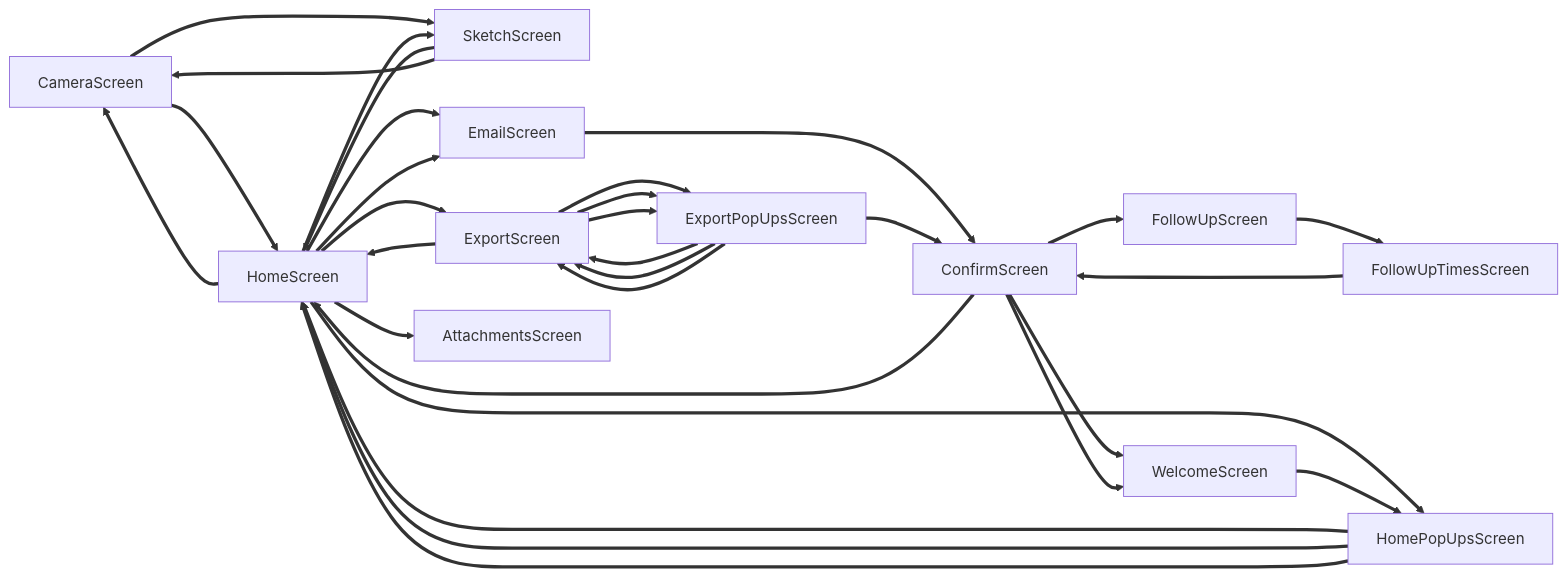
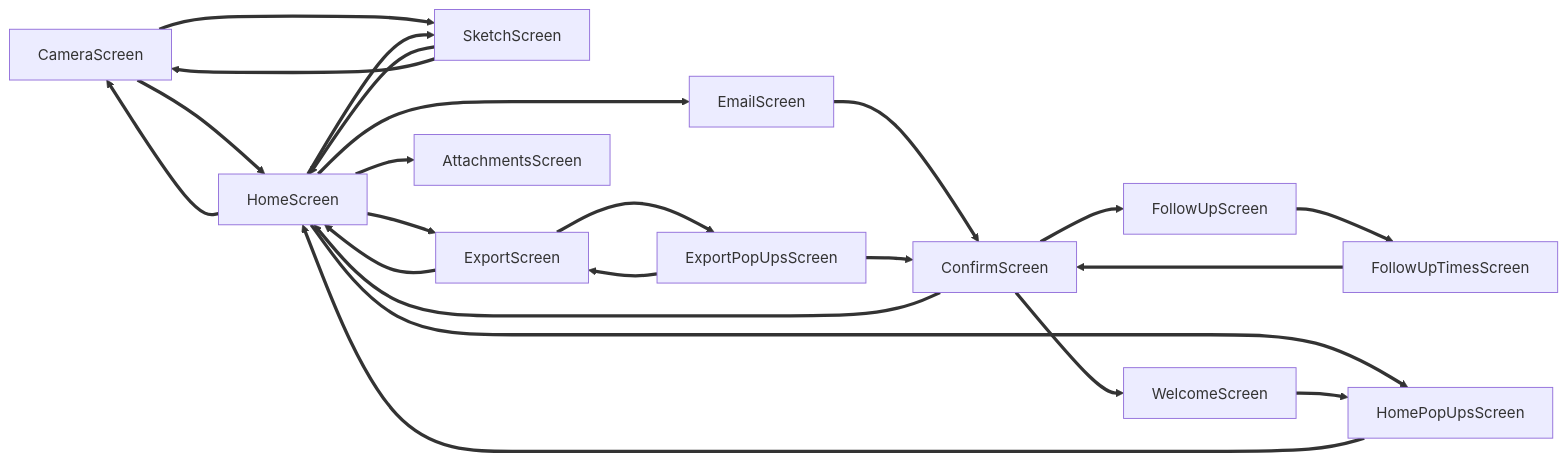
The diagram in example/Meeting Capture Demo-doc.md (sebastian-muthwill/powerapps-docstring), drawn with Mermaid before and after one commit. The commit also changed other lines of this file and 2 other files, not shown here.

```diff
--- a/example/Meeting Capture Demo-doc.md
+++ b/example/Meeting Capture Demo-doc.md
@@ -110,33 +110,25 @@
 :::mermaid  
 graph LR  
 CameraScreen ==> HomeScreen  
 CameraScreen ==> SketchScreen  
 ConfirmScreen ==> HomeScreen  
 ConfirmScreen ==> FollowUpScreen  
 ConfirmScreen ==> WelcomeScreen  
-ConfirmScreen ==> WelcomeScreen  
 EmailScreen ==> ConfirmScreen  
-ExportPopUpsScreen ==> ExportScreen  
-ExportPopUpsScreen ==> ExportScreen  
 ExportPopUpsScreen ==> ExportScreen  
 ExportPopUpsScreen ==> ConfirmScreen  
 ExportScreen ==> HomeScreen  
 ExportScreen ==> ExportPopUpsScreen  
-ExportScreen ==> ExportPopUpsScreen  
-ExportScreen ==> ExportPopUpsScreen  
 FollowUpScreen ==> FollowUpTimesScreen  
 FollowUpTimesScreen ==> ConfirmScreen  
 HomePopUpsScreen ==> HomeScreen  
-HomePopUpsScreen ==> HomeScreen  
-HomePopUpsScreen ==> HomeScreen  
 HomeScreen ==> SketchScreen  
 HomeScreen ==> CameraScreen  
-HomeScreen ==> EmailScreen  
 HomeScreen ==> EmailScreen  
 HomeScreen ==> AttachmentsScreen  
 HomeScreen ==> ExportScreen  
 HomeScreen ==> HomePopUpsScreen  
 SketchScreen ==> HomeScreen  
 SketchScreen ==> CameraScreen  
 WelcomeScreen ==> HomePopUpsScreen  
 :::
```
